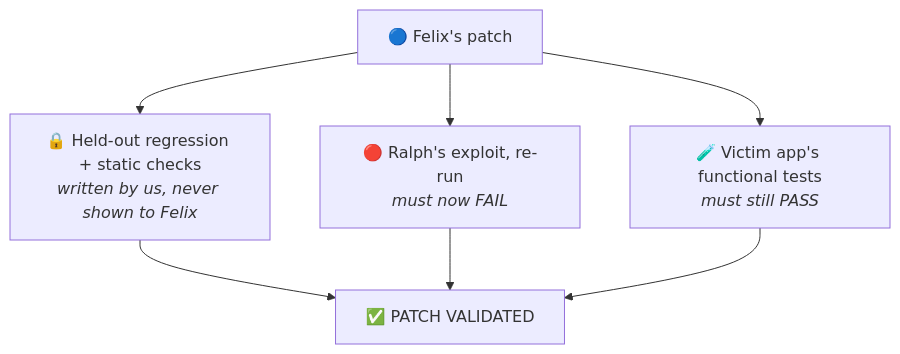
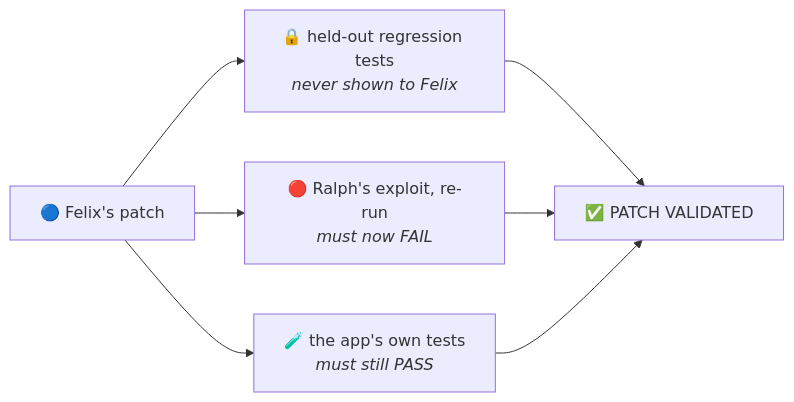
The second of 3 diagrams in README.md (djang-c/WreckLess-Cyber-Security), drawn with Mermaid before and after one commit. The commit also changed other lines of this file, not shown here.

````diff
--- a/README.md
+++ b/README.md
@@ -48,7 +82,7 @@
 ```mermaid
-flowchart TB
-    P["🔵 Felix's patch"] --> R["🔒 Held-out regression + static checks<br/><i>written by us, never shown to Felix</i>"]
+flowchart LR
+    P["🔵 Felix's patch"] --> R["🔒 held-out regression tests<br/><i>never shown to Felix</i>"]
     P --> X["🔴 Ralph's exploit, re-run<br/><i>must now FAIL</i>"]
-    P --> F["🧪 Victim app's functional tests<br/><i>must still PASS</i>"]
+    P --> F["🧪 the app's own tests<br/><i>must still PASS</i>"]
     R & X & F --> OK["✅ PATCH VALIDATED"]
 ```
````
